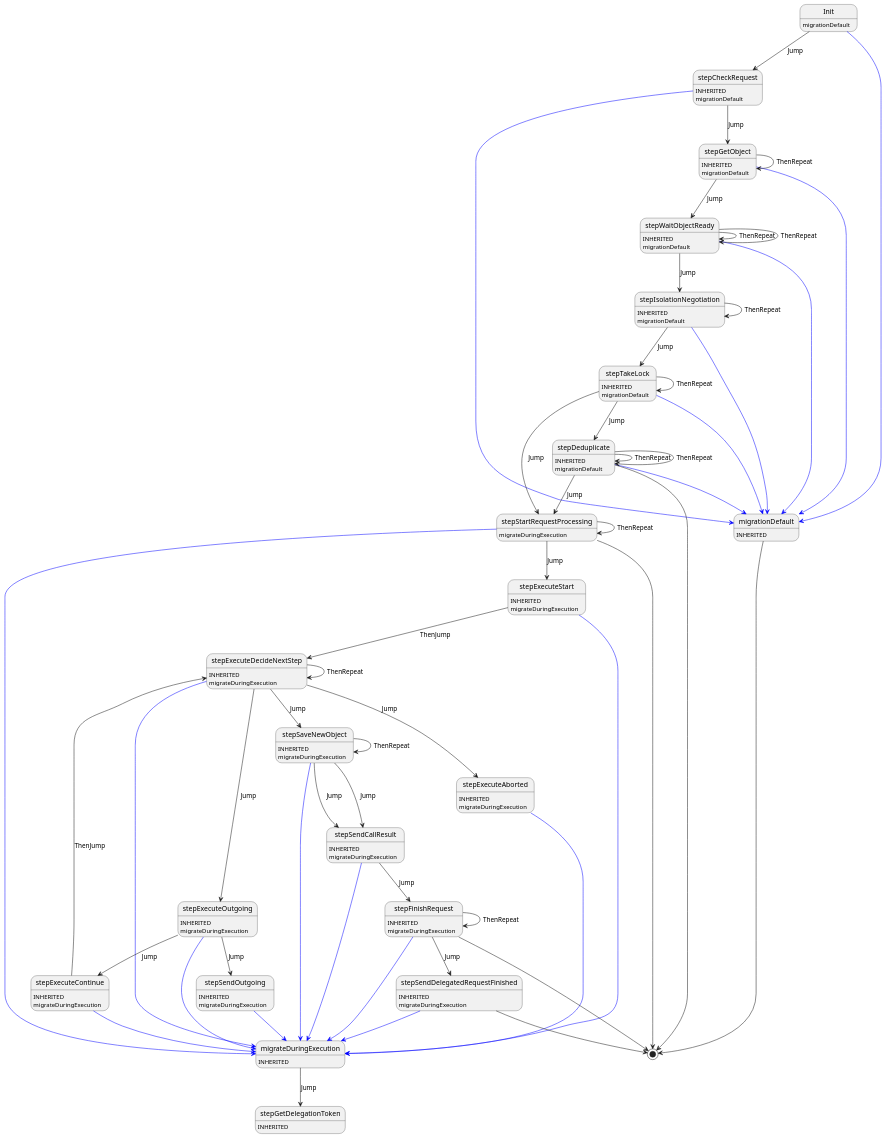
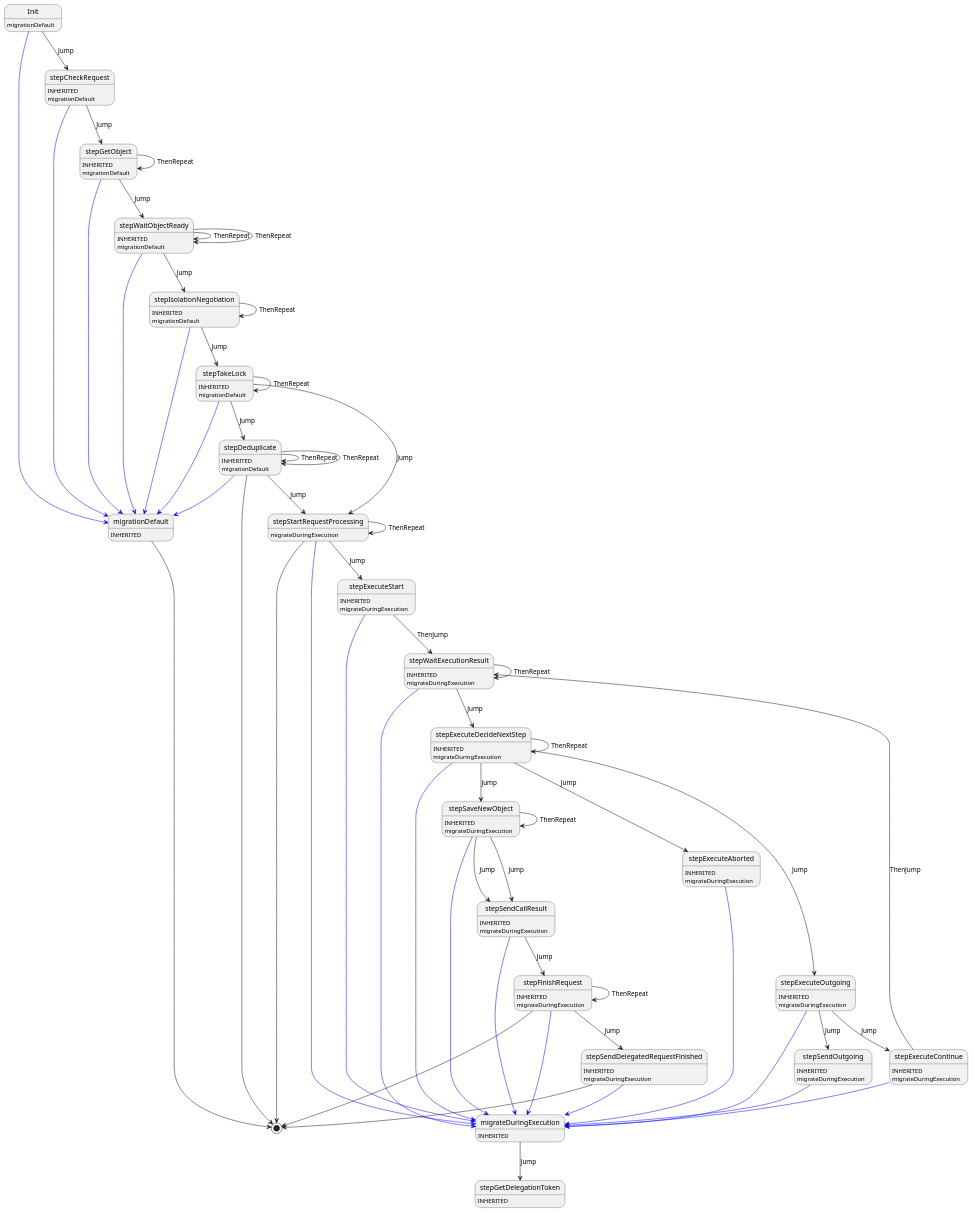
One commit to insolar/assured-ledger changed the diagram in ledger-core/virtual/execute/execute.plantuml. Above: the diagram before and after it, drawn with PlantUML. The commit also changed 1 other file, not shown here.

Commit message:
NOISSUE: fix nil pointer dereference if woked up during execution

```diff
--- a/ledger-core/virtual/execute/execute.plantuml
+++ b/ledger-core/virtual/execute/execute.plantuml
@@ -1,94 +1,99 @@
 @startuml
 Init : migrationDefault
 Init -[#blue]-> migrationDefault
 Init --> stepCheckRequest : Jump
 migrationDefault : INHERITED
 migrationDefault --> [*]
 stepCheckRequest : INHERITED
 stepCheckRequest : migrationDefault
 stepCheckRequest -[#blue]-> migrationDefault
 stepCheckRequest --> stepGetObject : Jump
 stepGetObject : INHERITED
 stepGetObject : migrationDefault
 stepGetObject -[#blue]-> migrationDefault
 stepGetObject --> stepWaitObjectReady : Jump
 stepGetObject --> stepGetObject : ThenRepeat
 stepWaitObjectReady : INHERITED
 stepWaitObjectReady : migrationDefault
 stepWaitObjectReady -[#blue]-> migrationDefault
 stepWaitObjectReady --> stepIsolationNegotiation : Jump
 stepWaitObjectReady --> stepWaitObjectReady : ThenRepeat
 stepWaitObjectReady --> stepWaitObjectReady : ThenRepeat
 stepIsolationNegotiation : INHERITED
 stepIsolationNegotiation : migrationDefault
 stepIsolationNegotiation -[#blue]-> migrationDefault
 stepIsolationNegotiation --> stepTakeLock : Jump
 stepIsolationNegotiation --> stepIsolationNegotiation : ThenRepeat
 stepTakeLock : INHERITED
 stepTakeLock : migrationDefault
 stepTakeLock -[#blue]-> migrationDefault
 stepTakeLock --> stepDeduplicate : Jump
 stepTakeLock --> stepStartRequestProcessing : Jump
 stepTakeLock --> stepTakeLock : ThenRepeat
 stepDeduplicate : INHERITED
 stepDeduplicate : migrationDefault
 stepDeduplicate -[#blue]-> migrationDefault
 stepDeduplicate --> stepStartRequestProcessing : Jump
 stepDeduplicate --> [*]
 stepDeduplicate --> stepDeduplicate : ThenRepeat
 stepDeduplicate --> stepDeduplicate : ThenRepeat
 stepStartRequestProcessing : migrateDuringExecution
 stepStartRequestProcessing -[#blue]-> migrateDuringExecution
 stepStartRequestProcessing --> stepExecuteStart : Jump
 stepStartRequestProcessing --> [*]
 stepStartRequestProcessing --> stepStartRequestProcessing : ThenRepeat
 migrateDuringExecution : INHERITED
 migrateDuringExecution --> stepGetDelegationToken : Jump
 stepExecuteStart : INHERITED
 stepExecuteStart : migrateDuringExecution
 stepExecuteStart -[#blue]-> migrateDuringExecution
-stepExecuteStart --> stepExecuteDecideNextStep : ThenJump
+stepExecuteStart --> stepWaitExecutionResult : ThenJump
 stepGetDelegationToken : INHERITED
+stepWaitExecutionResult : INHERITED
+stepWaitExecutionResult : migrateDuringExecution
+stepWaitExecutionResult -[#blue]-> migrateDuringExecution
+stepWaitExecutionResult --> stepExecuteDecideNextStep : Jump
+stepWaitExecutionResult --> stepWaitExecutionResult : ThenRepeat
 stepExecuteDecideNextStep : INHERITED
 stepExecuteDecideNextStep : migrateDuringExecution
 stepExecuteDecideNextStep -[#blue]-> migrateDuringExecution
 stepExecuteDecideNextStep --> stepSaveNewObject : Jump
 stepExecuteDecideNextStep --> stepExecuteAborted : Jump
 stepExecuteDecideNextStep --> stepExecuteOutgoing : Jump
 stepExecuteDecideNextStep --> stepExecuteDecideNextStep : ThenRepeat
 stepSaveNewObject : INHERITED
 stepSaveNewObject : migrateDuringExecution
 stepSaveNewObject -[#blue]-> migrateDuringExecution
 stepSaveNewObject --> stepSendCallResult : Jump
 stepSaveNewObject --> stepSendCallResult : Jump
 stepSaveNewObject --> stepSaveNewObject : ThenRepeat
 stepExecuteAborted : INHERITED
 stepExecuteAborted : migrateDuringExecution
 stepExecuteAborted -[#blue]-> migrateDuringExecution
 stepExecuteOutgoing : INHERITED
 stepExecuteOutgoing : migrateDuringExecution
 stepExecuteOutgoing -[#blue]-> migrateDuringExecution
 stepExecuteOutgoing --> stepSendOutgoing : Jump
 stepExecuteOutgoing --> stepExecuteContinue : Jump
 stepSendCallResult : INHERITED
 stepSendCallResult : migrateDuringExecution
 stepSendCallResult -[#blue]-> migrateDuringExecution
 stepSendCallResult --> stepFinishRequest : Jump
 stepSendOutgoing : INHERITED
 stepSendOutgoing : migrateDuringExecution
 stepSendOutgoing -[#blue]-> migrateDuringExecution
 stepExecuteContinue : INHERITED
 stepExecuteContinue : migrateDuringExecution
 stepExecuteContinue -[#blue]-> migrateDuringExecution
-stepExecuteContinue --> stepExecuteDecideNextStep : ThenJump
+stepExecuteContinue --> stepWaitExecutionResult : ThenJump
 stepFinishRequest : INHERITED
 stepFinishRequest : migrateDuringExecution
 stepFinishRequest -[#blue]-> migrateDuringExecution
 stepFinishRequest --> stepSendDelegatedRequestFinished : Jump
 stepFinishRequest --> [*]
 stepFinishRequest --> stepFinishRequest : ThenRepeat
 stepSendDelegatedRequestFinished : INHERITED
 stepSendDelegatedRequestFinished : migrateDuringExecution
 stepSendDelegatedRequestFinished -[#blue]-> migrateDuringExecution
 stepSendDelegatedRequestFinished --> [*]
 @enduml
```
